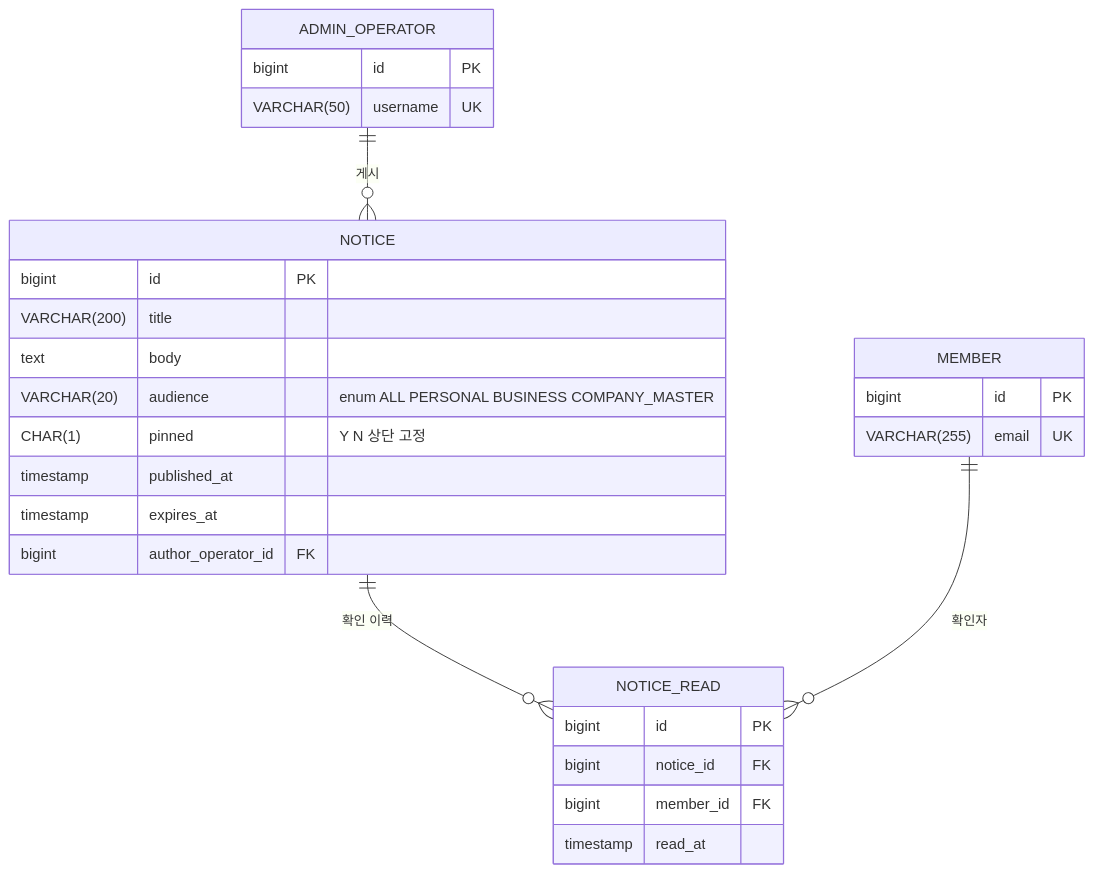
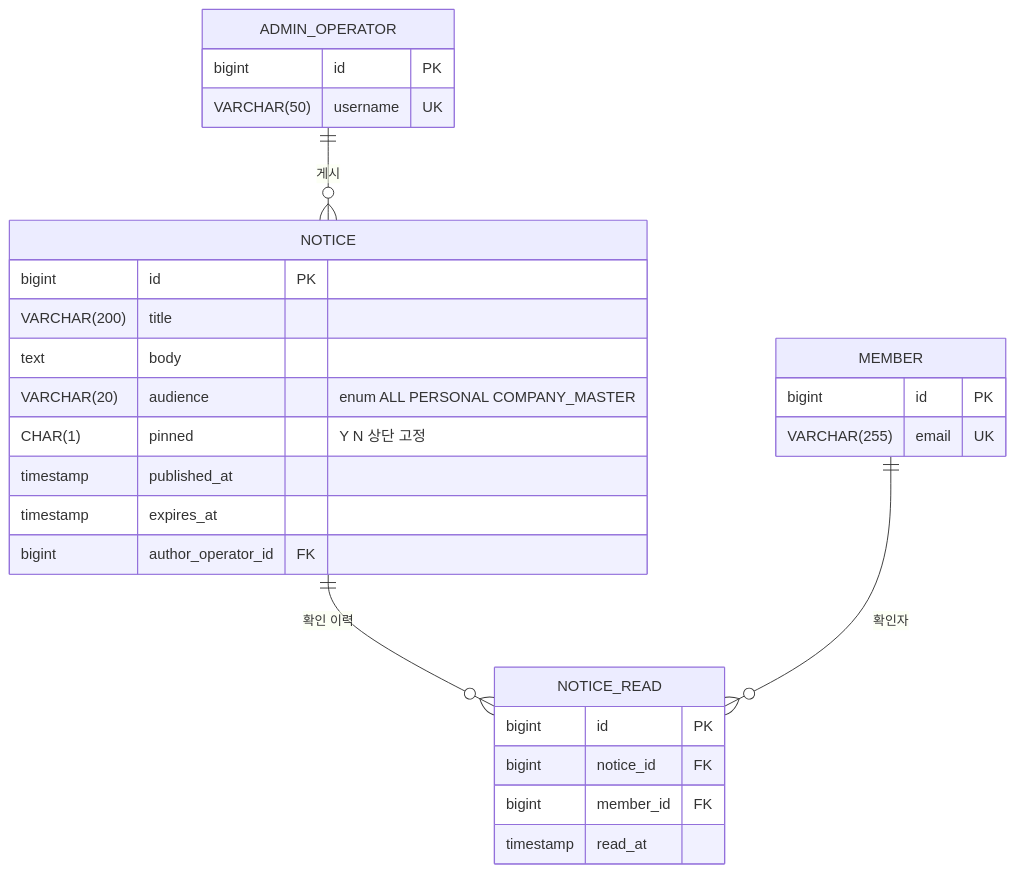
Before and after one commit to beanteacher/web-wisecan-unified: diagram 23 of 26 in pm/05_DATA_MODEL.md, drawn with Mermaid. The commit also changed other lines of this file and 17 other files, not shown here.

````diff
--- a/pm/05_DATA_MODEL.md
+++ b/pm/05_DATA_MODEL.md
@@ -1772,31 +1816,31 @@
 ```mermaid
 %%{init: {"themeVariables": {"fontSize": "16px"}}}%%
 erDiagram
   MEMBER {
     bigint id PK
     VARCHAR(255) email UK
   }
   ADMIN_OPERATOR {
     bigint id PK
     VARCHAR(50) username UK
   }
   NOTICE {
     bigint id PK
     VARCHAR(200) title
     text body
-    VARCHAR(20) audience "enum ALL PERSONAL BUSINESS COMPANY_MASTER"
+    VARCHAR(20) audience "enum ALL PERSONAL COMPANY_MASTER"
     CHAR(1) pinned "Y N 상단 고정"
     timestamp published_at
     timestamp expires_at
     bigint author_operator_id FK
   }
   NOTICE_READ {
     bigint id PK
     bigint notice_id FK
     bigint member_id FK
     timestamp read_at
   }
   ADMIN_OPERATOR ||--o{ NOTICE : "게시"
   NOTICE ||--o{ NOTICE_READ : "확인 이력"
   MEMBER ||--o{ NOTICE_READ : "확인자"
 ```
````
